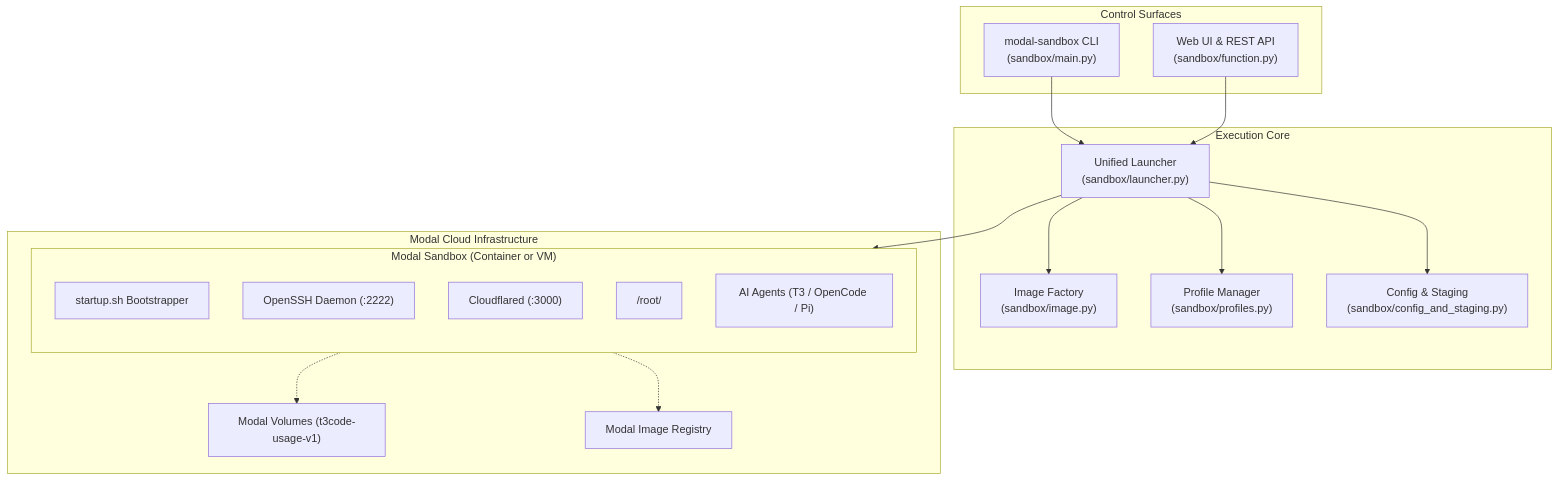
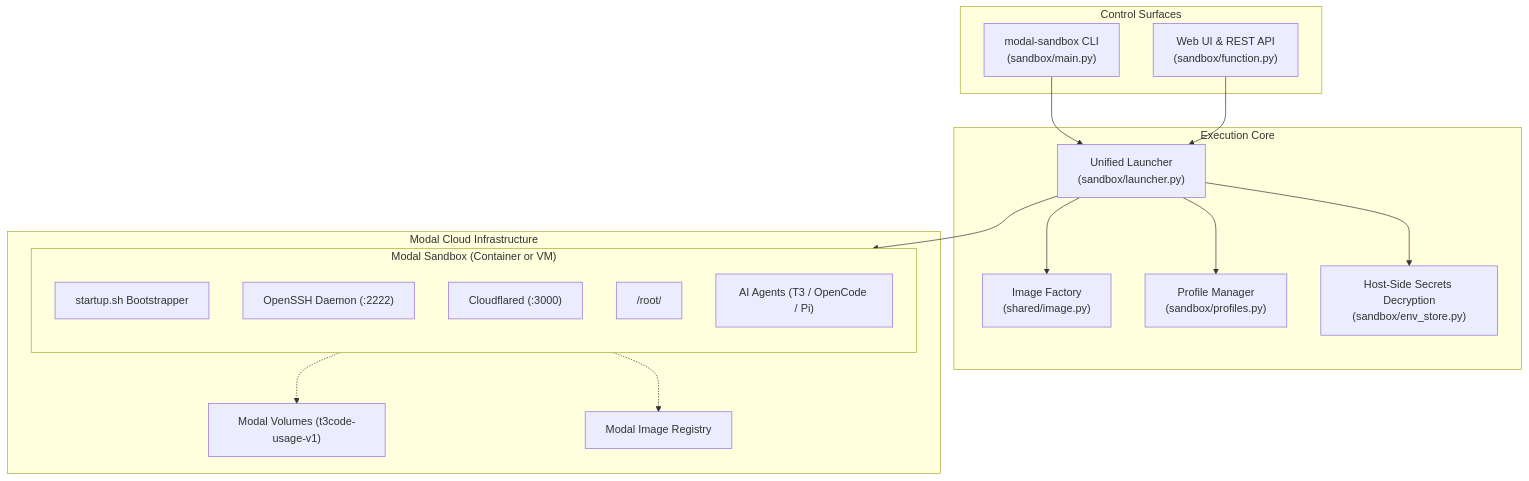
Before and after one commit to YoungMahesh/software-factory: the diagram in docs/architecture/overview.md, drawn with Mermaid. The commit also changed other lines of this file and 155 other files, not shown here.

````diff
--- a/docs/architecture/overview.md
+++ b/docs/architecture/overview.md
@@ -7,36 +7,36 @@
 ```mermaid
 flowchart TD
     subgraph ControlSurfaces["Control Surfaces"]
         CLI["modal-sandbox CLI<br/>(sandbox/main.py)"]
         Dashboard["Web UI & REST API<br/>(sandbox/function.py)"]
     end
 
     subgraph CoreRunner["Execution Core"]
         Launcher["Unified Launcher<br/>(sandbox/launcher.py)"]
-        ImageBuilder["Image Factory<br/>(sandbox/image.py)"]
+        ImageBuilder["Image Factory<br/>(shared/image.py)"]
         ProfileManager["Profile Manager<br/>(sandbox/profiles.py)"]
-        ConfigStaging["Config & Staging<br/>(sandbox/config_and_staging.py)"]
+        EnvStore["Host-Side Secrets Decryption<br/>(sandbox/env_store.py)"]
     end
 
     subgraph CloudInfra["Modal Cloud Infrastructure"]
         subgraph SandboxRuntime["Modal Sandbox (Container or VM)"]
             direction TB
             Init["startup.sh Bootstrapper"]
             SSHd["OpenSSH Daemon (:2222)"]
             CF["Cloudflared (:3000)"]
             WorkspaceDir["/root/<workspace>"]
             AIStack["AI Agents (T3 / OpenCode / Pi)"]
         end
         Volumes["Modal Volumes (t3code-usage-v1)"]
         SnapshotStorage["Modal Image Registry"]
     end
 
     CLI --> Launcher
     Dashboard --> Launcher
     Launcher --> ImageBuilder
     Launcher --> ProfileManager
-    Launcher --> ConfigStaging
+    Launcher --> EnvStore
     Launcher --> SandboxRuntime
     SandboxRuntime -.-> Volumes
     SandboxRuntime -.-> SnapshotStorage
 ```
````
